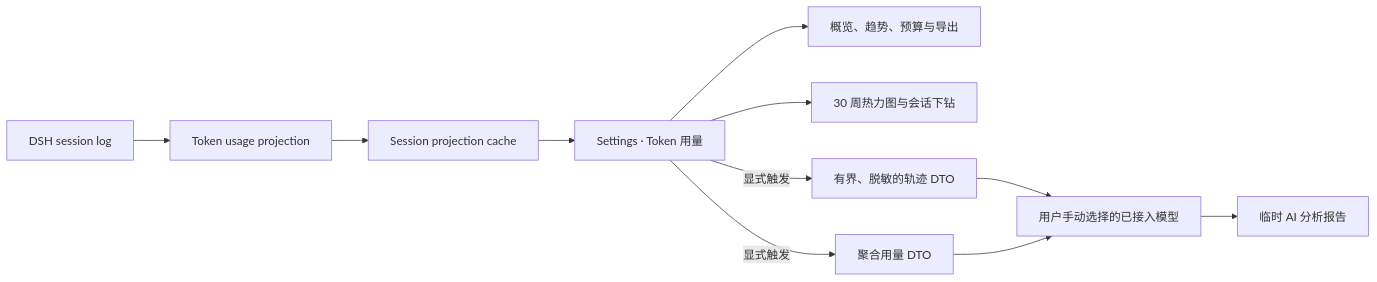
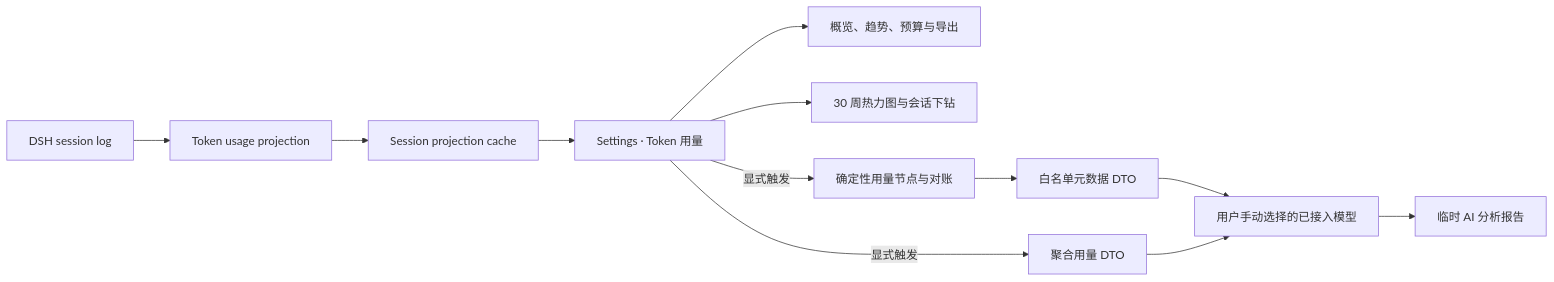
The diagram in README.md (LeemanCheung/dsh-token-usage), drawn with Mermaid before and after one commit. The commit also changed other lines of this file and 15 other files, not shown here.

````diff
--- a/README.md
+++ b/README.md
@@ -132,13 +132,14 @@
 ```mermaid
 flowchart LR
   A[DSH session log] --> B[Token usage projection]
   B --> C[Session projection cache]
   C --> D[Settings · Token 用量]
   D --> E[概览、趋势、预算与导出]
   D --> F[30 周热力图与会话下钻]
-  D -->|显式触发| G[有界、脱敏的轨迹 DTO]
+  D -->|显式触发| G[确定性用量节点与对账]
+  G --> H[白名单元数据 DTO]
   D -->|显式触发| J[聚合用量 DTO]
-  G --> H[用户手动选择的已接入模型]
-  J --> H
-  H --> I[临时 AI 分析报告]
+  H --> K[用户手动选择的已接入模型]
+  J --> K
+  K --> I[临时 AI 分析报告]
 ```
````
